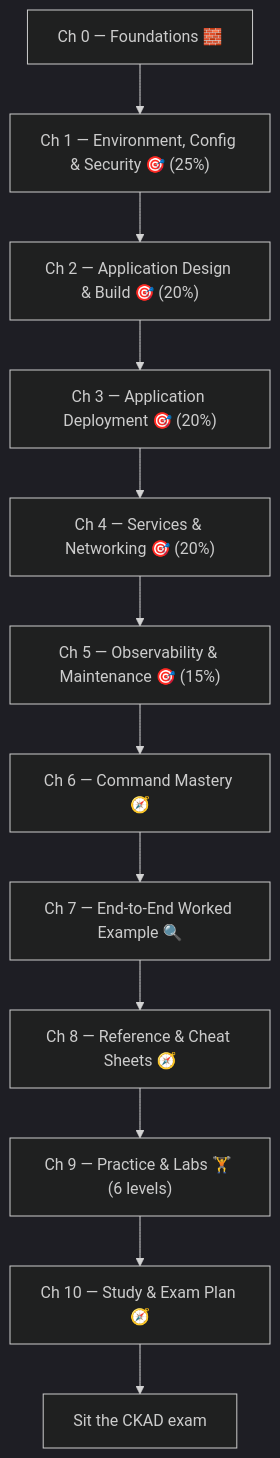
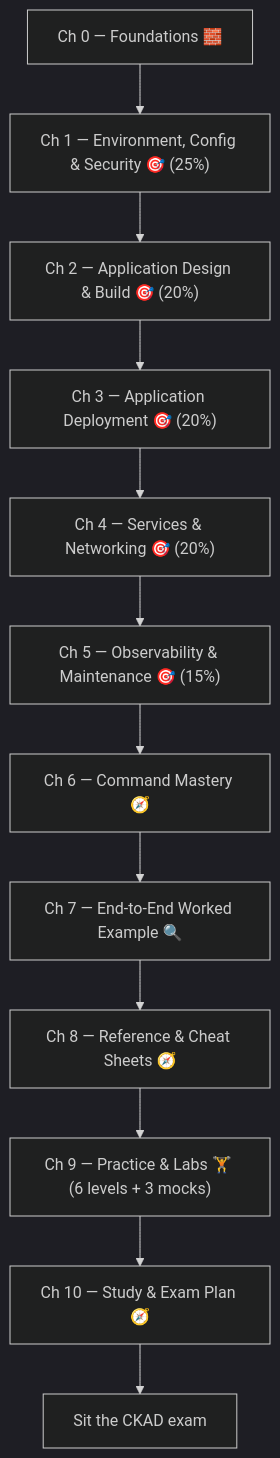
One commit to karthikreddy432/CKAD changed the diagram in README.md. Above: the diagram before and after it, drawn with Mermaid (dark theme). The commit also changed other lines of this file and 1 other file, not shown here.

````diff
--- a/README.md
+++ b/README.md
@@ -35,14 +35,14 @@
 ```mermaid
 flowchart TD
     C0["Ch 0 — Foundations 🧱"] --> C1["Ch 1 — Environment, Config & Security 🎯 (25%)"]
     C1 --> C2["Ch 2 — Application Design & Build 🎯 (20%)"]
     C2 --> C3["Ch 3 — Application Deployment 🎯 (20%)"]
     C3 --> C4["Ch 4 — Services & Networking 🎯 (20%)"]
     C4 --> C5["Ch 5 — Observability & Maintenance 🎯 (15%)"]
     C5 --> C6["Ch 6 — Command Mastery 🧭"]
     C6 --> C7["Ch 7 — End-to-End Worked Example 🔍"]
     C7 --> C8["Ch 8 — Reference & Cheat Sheets 🧭"]
-    C8 --> C9["Ch 9 — Practice & Labs 🏋️ (6 levels)"]
+    C8 --> C9["Ch 9 — Practice & Labs 🏋️ (6 levels + 3 mocks)"]
     C9 --> C10["Ch 10 — Study & Exam Plan 🧭"]
     C10 --> EXAM["Sit the CKAD exam"]
 ```
````
